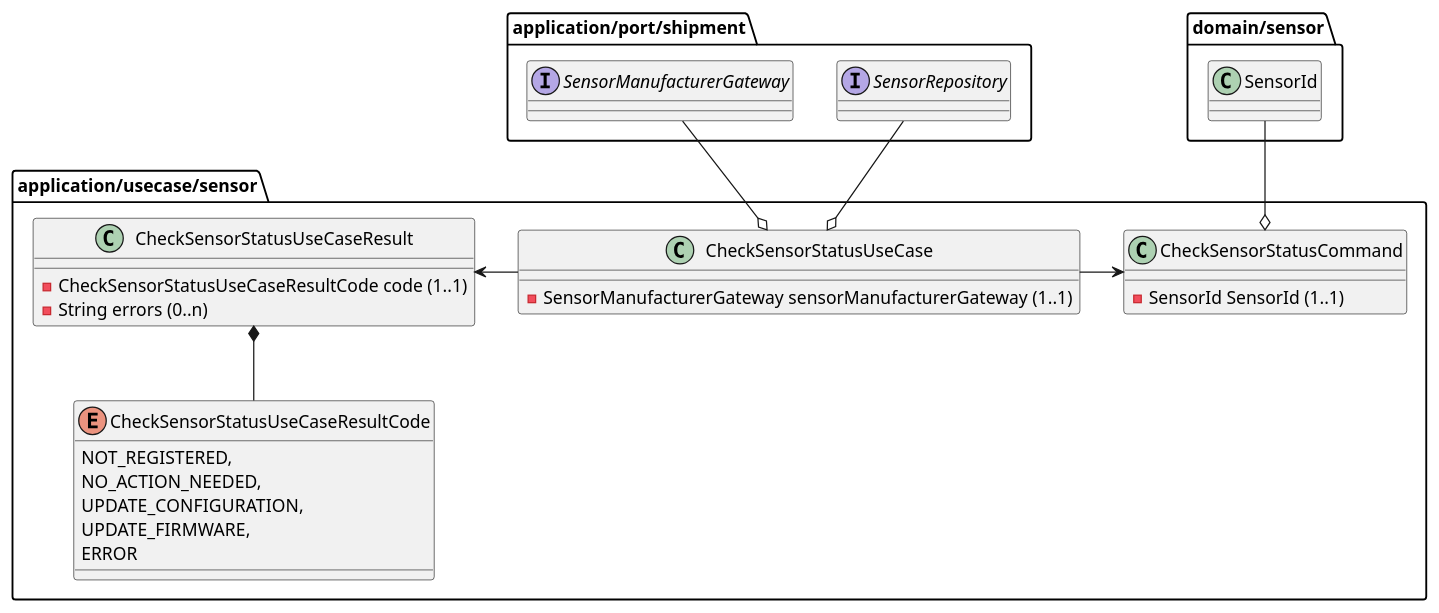
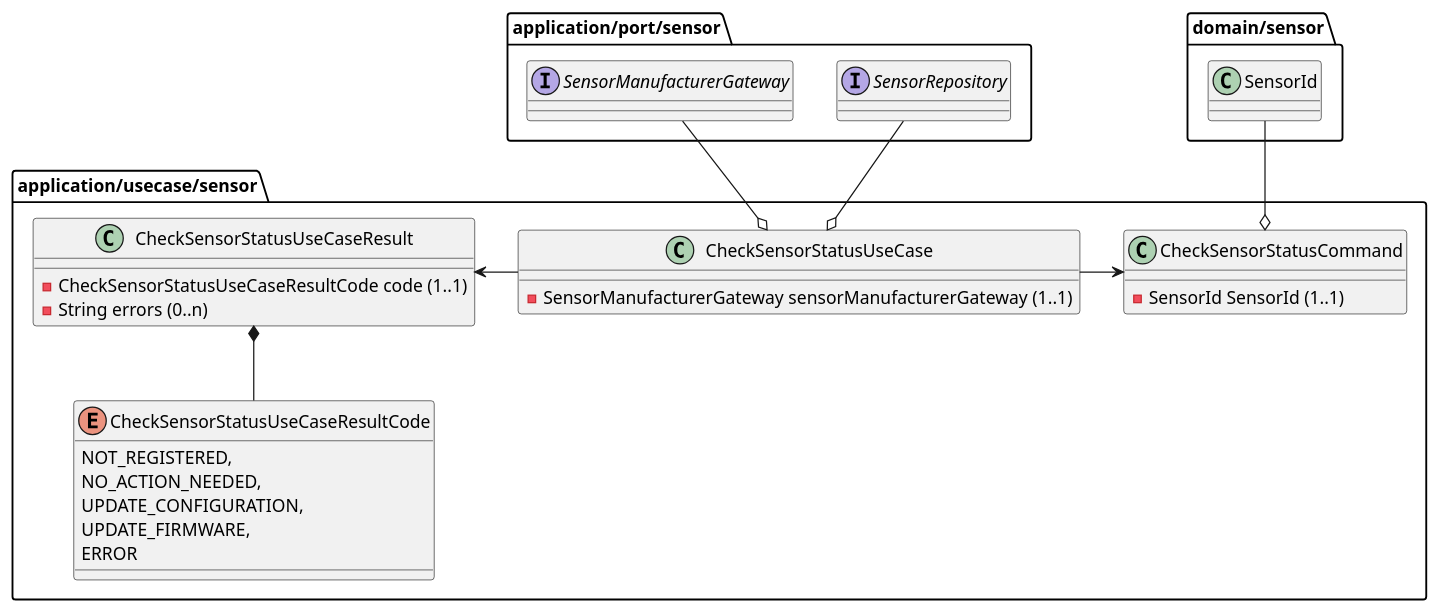
Before and after one commit to AboutCodingBE/validation-excercise: the diagram in docs/diagrams/ClassDiagramCheckSensorStatus.puml, drawn with PlantUML. The commit also changed 8 other files, not shown here.

Commit message:
update model, class diagram ClassDiagramScheduleTask.puml

```diff
--- a/docs/diagrams/ClassDiagramCheckSensorStatus.puml
+++ b/docs/diagrams/ClassDiagramCheckSensorStatus.puml
@@ -1,43 +1,43 @@
 @startuml
 
 package application/usecase/sensor {
   class CheckSensorStatusCommand {
     -SensorId SensorId (1..1)
   }
 
   class CheckSensorStatusUseCase {
     -SensorManufacturerGateway sensorManufacturerGateway (1..1)
   }
 
   class CheckSensorStatusUseCaseResult {
     -CheckSensorStatusUseCaseResultCode code (1..1)
     -String errors (0..n)
   }
 
   enum CheckSensorStatusUseCaseResultCode {
     NOT_REGISTERED,
     NO_ACTION_NEEDED,
     UPDATE_CONFIGURATION,
     UPDATE_FIRMWARE,
     ERROR
   }
 
   CheckSensorStatusUseCase -right-> CheckSensorStatusCommand
   CheckSensorStatusUseCase -left-> CheckSensorStatusUseCaseResult
 
   CheckSensorStatusUseCaseResult *-down- CheckSensorStatusUseCaseResultCode
 }
 
-package application/port/shipment {
+package application/port/sensor {
     interface SensorManufacturerGateway
     interface SensorRepository
 }
 
 package domain/sensor {
   class SensorId
 }
 
 CheckSensorStatusCommand o-up- SensorId
 CheckSensorStatusUseCase o-up- SensorManufacturerGateway
 CheckSensorStatusUseCase o-up- SensorRepository
 @enduml
```
